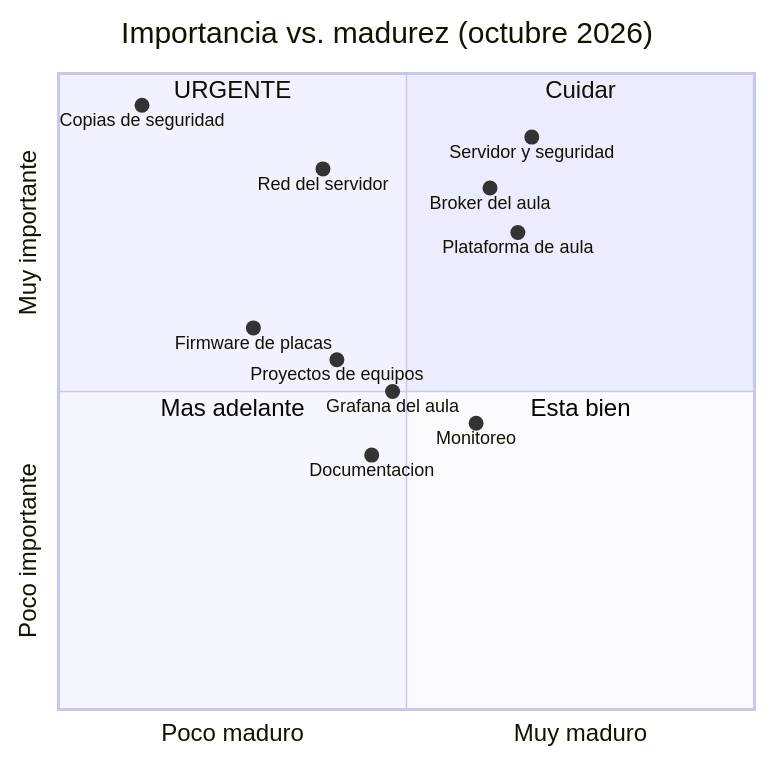
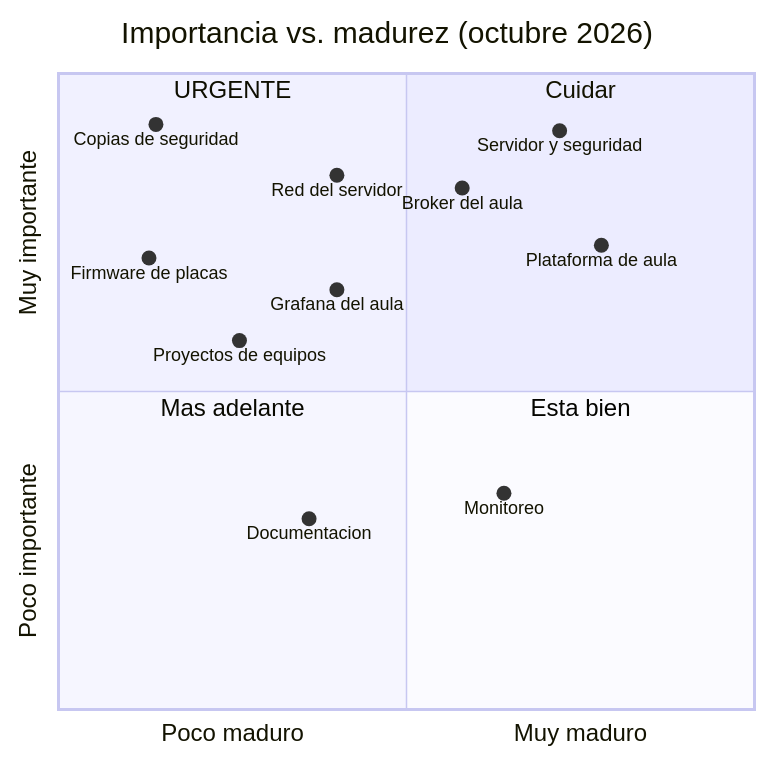
Before and after one commit to resourceldg/homelab: the sixth of 7 diagrams in docs/handbook/15-ciclo-de-vida-y-madurez.md, drawn with Mermaid. The commit also changed other lines of this file and 18 other files, not shown here.

````diff
--- a/docs/handbook/15-ciclo-de-vida-y-madurez.md
+++ b/docs/handbook/15-ciclo-de-vida-y-madurez.md
@@ -246,20 +246,20 @@
 ```mermaid
 quadrantChart
   title Importancia vs. madurez (octubre 2026)
   x-axis Poco maduro --> Muy maduro
   y-axis Poco importante --> Muy importante
   quadrant-1 Cuidar
   quadrant-2 URGENTE
   quadrant-3 Mas adelante
   quadrant-4 Esta bien
-  Copias de seguridad: [0.12, 0.95]
-  Red del servidor: [0.38, 0.85]
-  Firmware de placas: [0.28, 0.6]
-  Proyectos de equipos: [0.4, 0.55]
-  Grafana del aula: [0.48, 0.5]
-  Broker del aula: [0.62, 0.82]
-  Servidor y seguridad: [0.68, 0.9]
-  Plataforma de aula: [0.66, 0.75]
-  Monitoreo: [0.6, 0.45]
-  Documentacion: [0.45, 0.4]
+  Copias de seguridad: [0.14, 0.92]
+  Red del servidor: [0.40, 0.84]
+  Firmware de placas: [0.13, 0.71]
+  Proyectos de equipos: [0.26, 0.58]
+  Grafana del aula: [0.40, 0.66]
+  Broker del aula: [0.58, 0.82]
+  Servidor y seguridad: [0.72, 0.91]
+  Plataforma de aula: [0.78, 0.73]
+  Monitoreo: [0.64, 0.34]
+  Documentacion: [0.36, 0.30]
 ```
````
